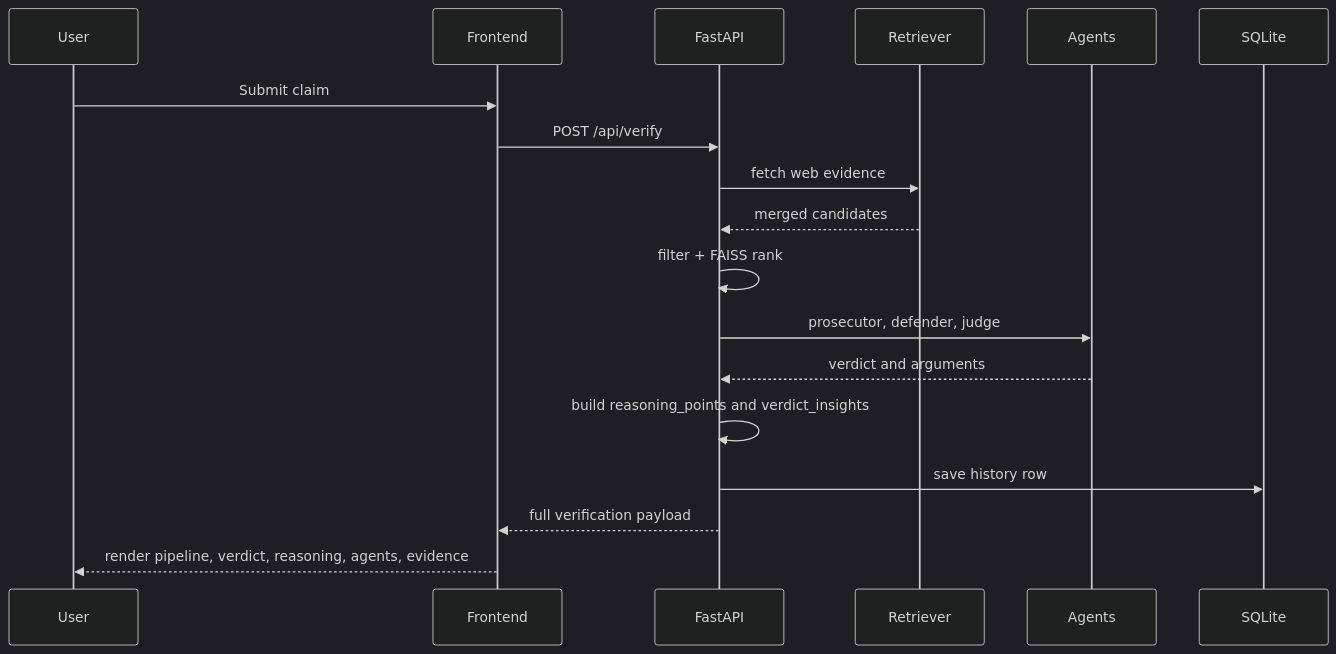
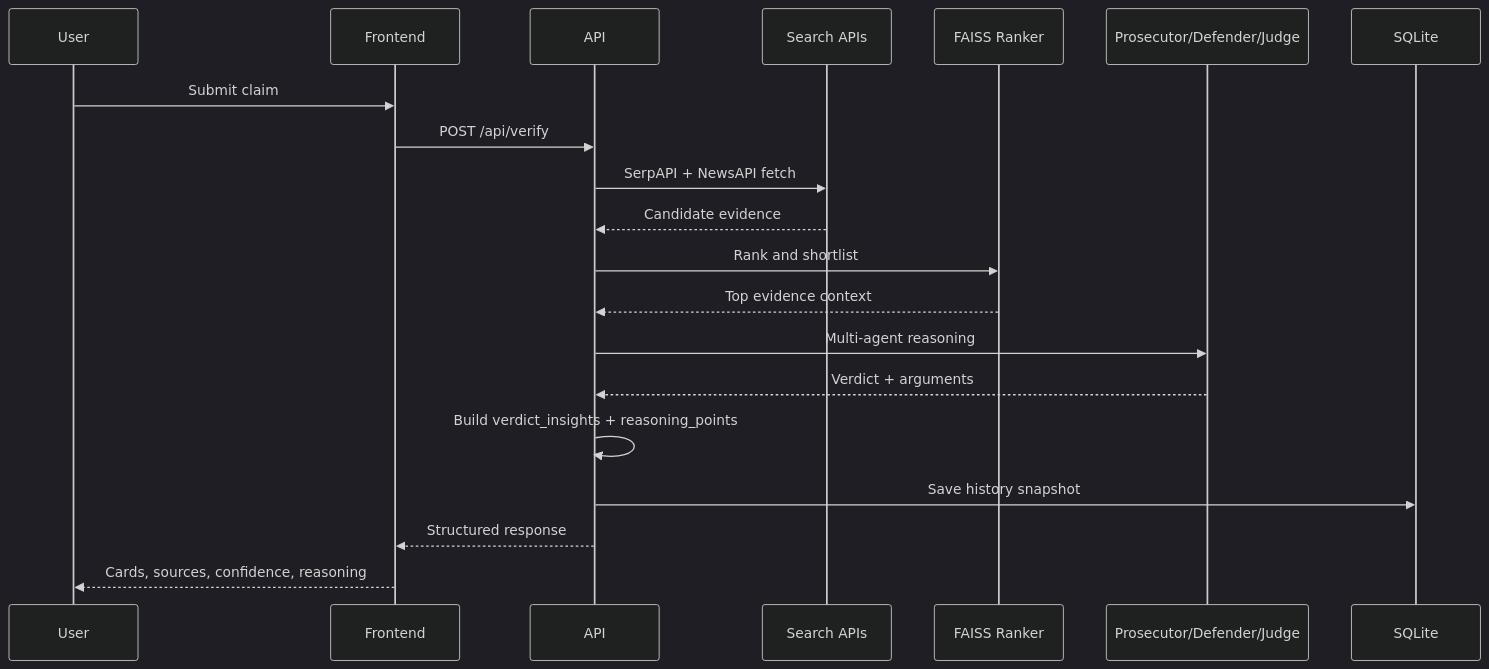
Before and after one commit to Sandarsh18/VeritasAI: the second of 2 diagrams in README.md, drawn with Mermaid (dark theme). The commit also changed other lines of this file, not shown here.

Commit message:
Enhance README with colorful badges, richer content, and diagrams

````diff
--- a/README.md
+++ b/README.md
@@ -64,21 +90,23 @@
 ```mermaid
 sequenceDiagram
-    participant U as User
-    participant FE as Frontend
-    participant API as FastAPI
-    participant R as Retriever
-    participant A as Agents
+    participant User
+    participant Frontend
+    participant API
+    participant Search as Search APIs
+    participant Ranker as FAISS Ranker
+    participant Agents as Prosecutor/Defender/Judge
     participant DB as SQLite
 
-    U->>FE: Submit claim
-    FE->>API: POST /api/verify
-    API->>R: fetch web evidence
-    R-->>API: merged candidates
-    API->>API: filter + FAISS rank
-    API->>A: prosecutor, defender, judge
-    A-->>API: verdict and arguments
-    API->>API: build reasoning_points and verdict_insights
-    API->>DB: save history row
-    API-->>FE: full verification payload
-    FE-->>U: render pipeline, verdict, reasoning, agents, evidence
+    User->>Frontend: Submit claim
+    Frontend->>API: POST /api/verify
+    API->>Search: SerpAPI + NewsAPI fetch
+    Search-->>API: Candidate evidence
+    API->>Ranker: Rank and shortlist
+    Ranker-->>API: Top evidence context
+    API->>Agents: Multi-agent reasoning
+    Agents-->>API: Verdict + arguments
+    API->>API: Build verdict_insights + reasoning_points
+    API->>DB: Save history snapshot
+    API-->>Frontend: Structured response
+    Frontend-->>User: Cards, sources, confidence, reasoning
 ```
````
